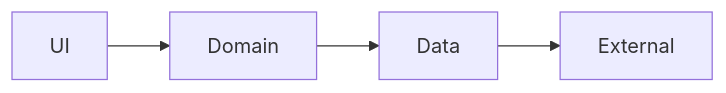
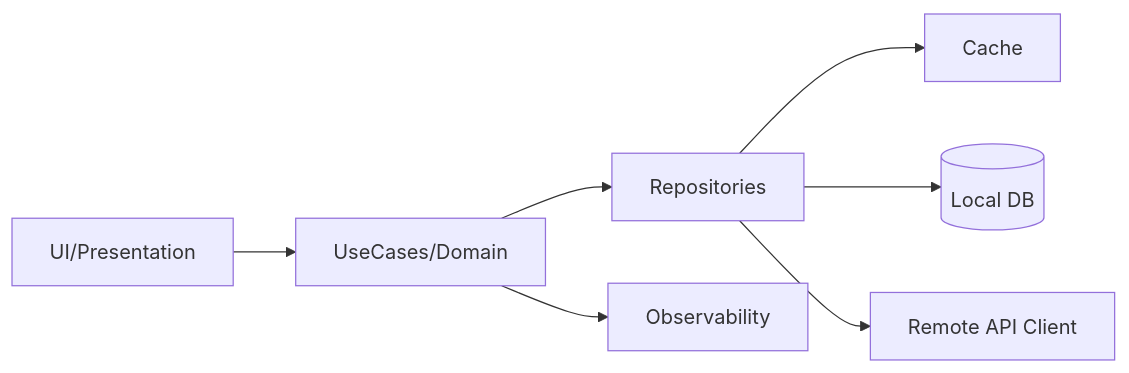
The third of 5 diagrams in .specify/templates/plan-template.md (jackykarma/Verity), drawn with Mermaid before and after one commit. The commit also changed other lines of this file and 4 other files, not shown here.

````diff
--- a/.specify/templates/plan-template.md
+++ b/.specify/templates/plan-template.md
@@ -38,7 +109,10 @@
 ```mermaid
 flowchart LR
-  %% TODO: 用真实模块名替换
-  UI[UI] --> Domain[Domain]
-  Domain --> Data[Data]
-  Data --> External[External]
+  %% TODO: 用真实模块名替换，体现内部模块边界与数据/控制流
+  UI[UI/Presentation] --> UseCase[UseCases/Domain]
+  UseCase --> Repo[Repositories]
+  Repo --> Cache[Cache]
+  Repo --> DB[(Local DB)]
+  Repo --> Remote[Remote API Client]
+  UseCase --> Obs[Observability]
 ```
````
